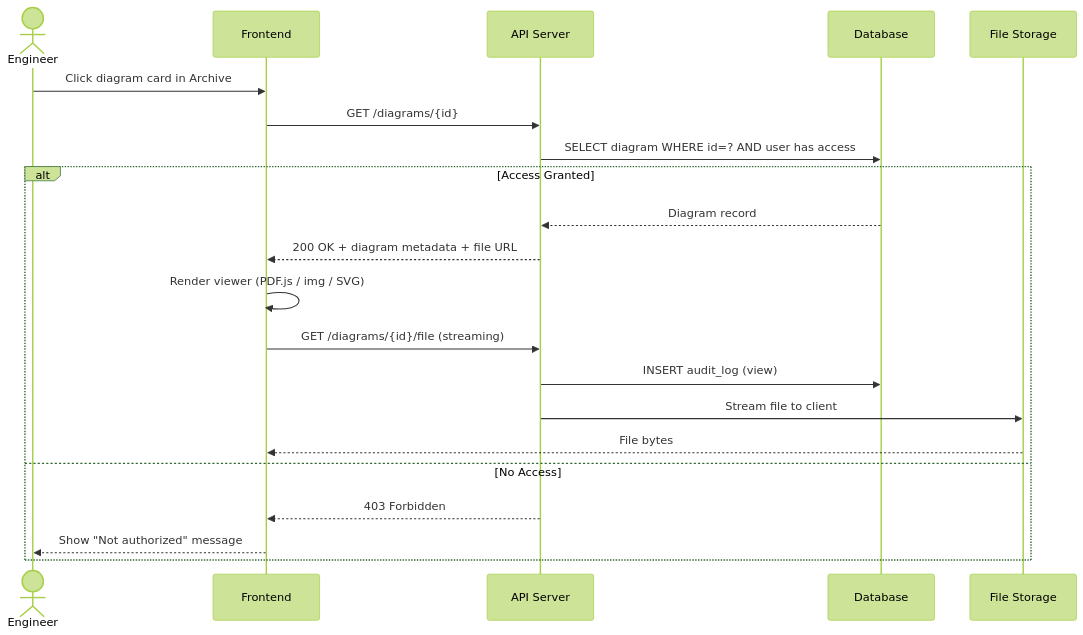
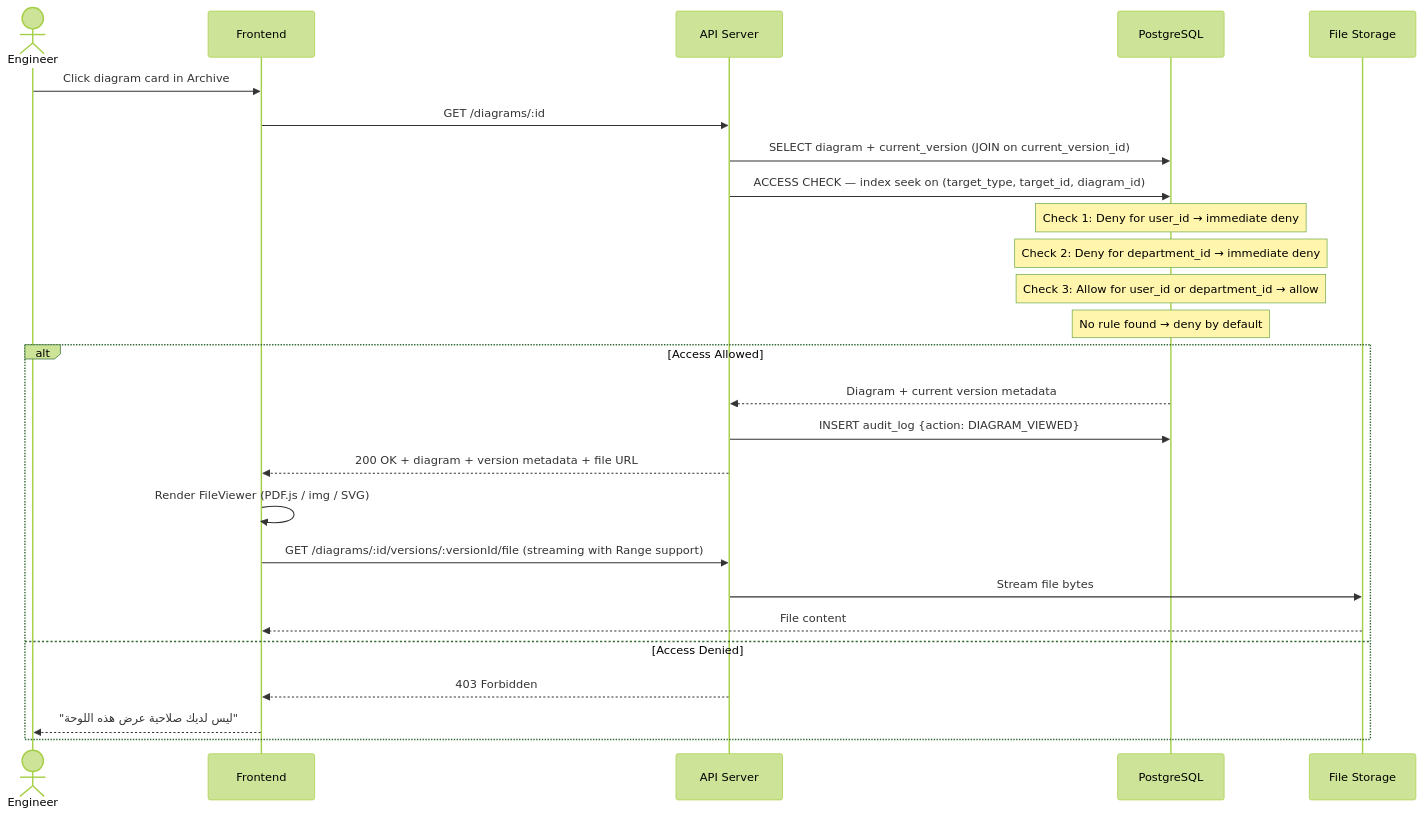
The eighth of 12 diagrams in README.md (MoKenawy/Diagram-management-System), drawn with Mermaid (forest theme) before and after one commit. The commit also changed other lines of this file, not shown here.

````diff
--- a/README.md
+++ b/README.md
@@ -509,24 +584,31 @@
 ```mermaid
 sequenceDiagram
     actor Eng as Engineer
     participant FE as Frontend
     participant API as API Server
-    participant DB as Database
+    participant DB as PostgreSQL
     participant FS as File Storage
 
     Eng->>FE: Click diagram card in Archive
-    FE->>API: GET /diagrams/{id}
-    API->>DB: SELECT diagram WHERE id=? AND user has access
-    alt Access Granted
-        DB-->>API: Diagram record
-        API-->>FE: 200 OK + diagram metadata + file URL
-        FE->>FE: Render viewer (PDF.js / img / SVG)
-        FE->>API: GET /diagrams/{id}/file (streaming)
-        API->>DB: INSERT audit_log (view)
-        API->>FS: Stream file to client
-        FS-->>FE: File bytes
-    else No Access
+    FE->>API: GET /diagrams/:id
+    API->>DB: SELECT diagram + current_version (JOIN on current_version_id)
+
+    API->>DB: ACCESS CHECK — index seek on (target_type, target_id, diagram_id)
+    Note over DB: Check 1: Deny for user_id → immediate deny
+    Note over DB: Check 2: Deny for department_id → immediate deny
+    Note over DB: Check 3: Allow for user_id or department_id → allow
+    Note over DB: No rule found → deny by default
+
+    alt Access Allowed
+        DB-->>API: Diagram + current version metadata
+        API->>DB: INSERT audit_log {action: DIAGRAM_VIEWED}
+        API-->>FE: 200 OK + diagram + version metadata + file URL
+        FE->>FE: Render FileViewer (PDF.js / img / SVG)
+        FE->>API: GET /diagrams/:id/versions/:versionId/file (streaming with Range support)
+        API->>FS: Stream file bytes
+        FS-->>FE: File content
+    else Access Denied
         API-->>FE: 403 Forbidden
-        FE-->>Eng: Show "Not authorized" message
+        FE-->>Eng: "ليس لديك صلاحية عرض هذه اللوحة"
     end
 ```
````
